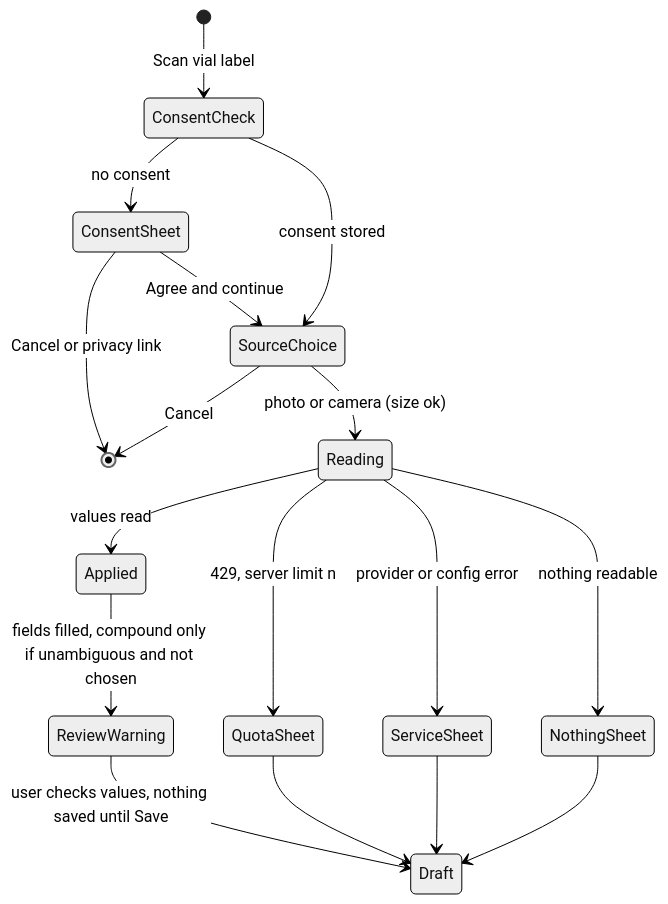
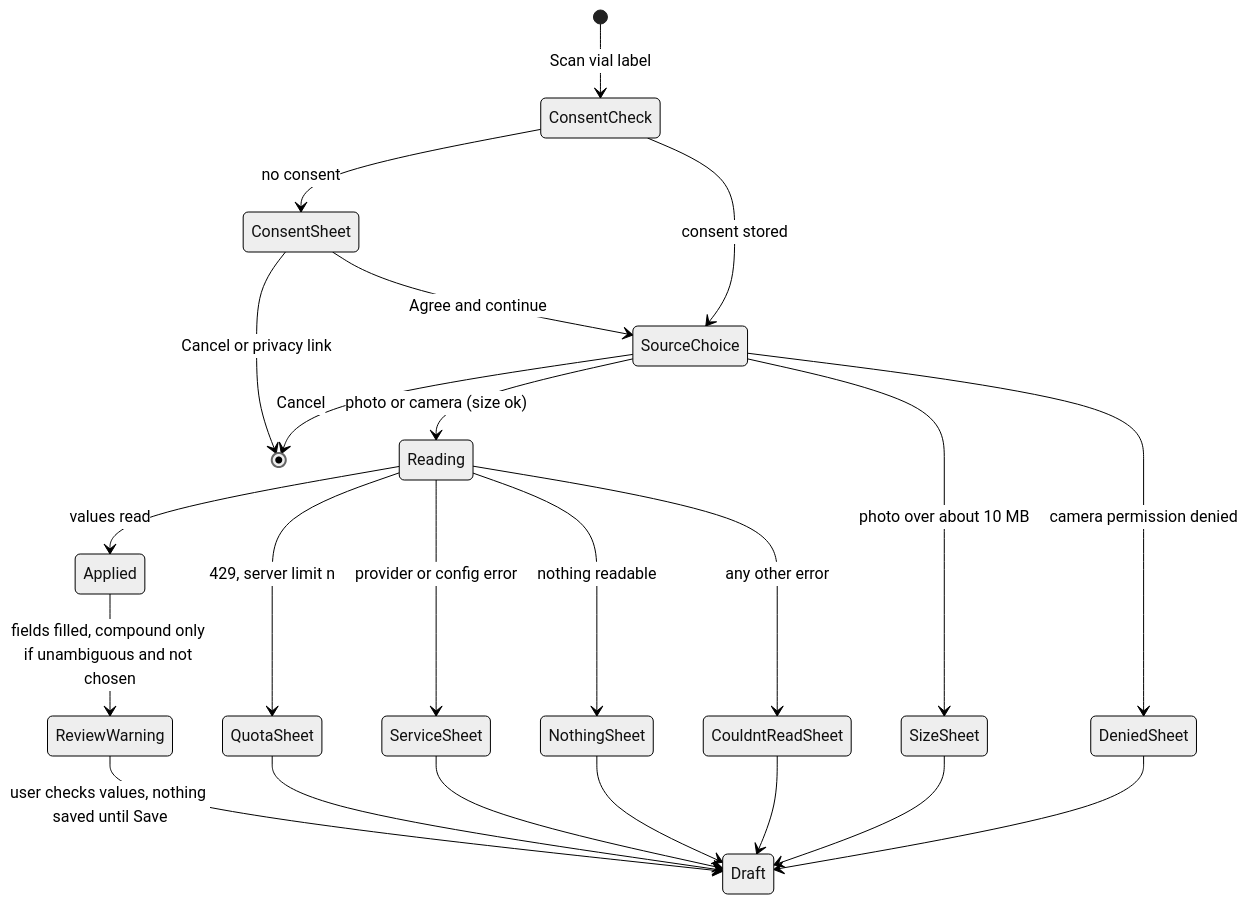
One commit to evandroviskis/dosetrace changed the fifth of 5 diagrams in docs/product/flows/02-protocol-create-edit.md. Above: the diagram before and after it, drawn with Mermaid (neutral theme). The commit also changed other lines of this file and 28 other files, not shown here.

Commit message:
docs/product: verification round 1 corrections applied to PRD, TRD, dossiers, flows, registers and the Portuguese questions (21 OPEN, 54 AD, 65 DL, 218 DV); all 105 diagrams parse

````diff
--- a/docs/product/flows/02-protocol-create-edit.md
+++ b/docs/product/flows/02-protocol-create-edit.md
@@ -151,19 +162,25 @@
 ```mermaid
 stateDiagram-v2
     [*] --> ConsentCheck: Scan vial label
     ConsentCheck --> ConsentSheet: no consent
     ConsentSheet --> [*]: Cancel or privacy link
     ConsentSheet --> SourceChoice: Agree and continue
     ConsentCheck --> SourceChoice: consent stored
     SourceChoice --> [*]: Cancel
+    SourceChoice --> DeniedSheet: camera permission denied
     SourceChoice --> Reading: photo or camera (size ok)
+    SourceChoice --> SizeSheet: photo over about 10 MB
     Reading --> QuotaSheet: 429, server limit n
     Reading --> ServiceSheet: provider or config error
     Reading --> NothingSheet: nothing readable
+    Reading --> CouldntReadSheet: any other error
     Reading --> Applied: values read
     Applied --> ReviewWarning: fields filled, compound only if unambiguous and not chosen
     ReviewWarning --> Draft: user checks values, nothing saved until Save
     QuotaSheet --> Draft
     ServiceSheet --> Draft
     NothingSheet --> Draft
+    CouldntReadSheet --> Draft
+    SizeSheet --> Draft
+    DeniedSheet --> Draft
 ```
````
